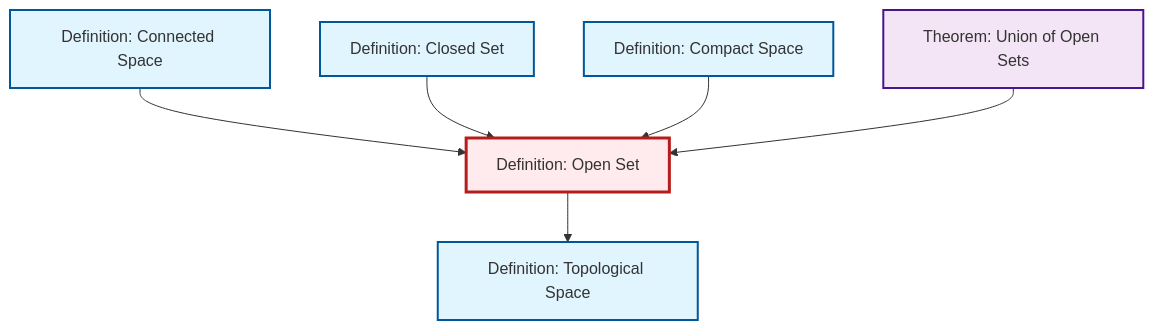
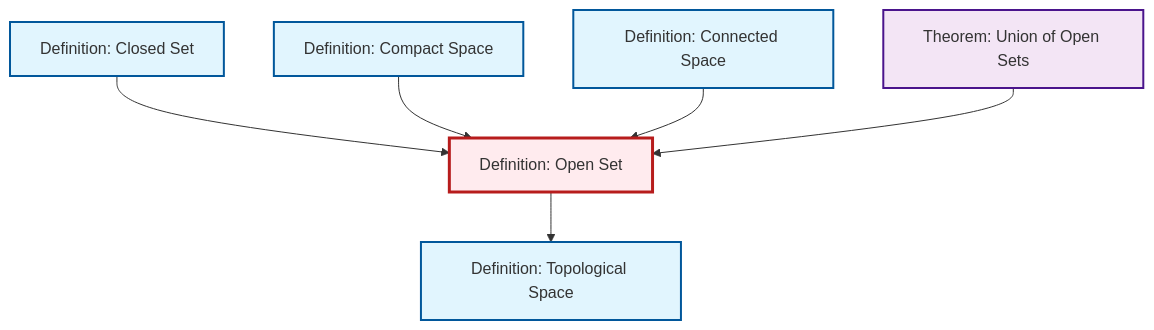
The diagram in output/mermaid/def-open-set.mermaid (RK0429/ModernMath), drawn with Mermaid before and after one commit. The commit also changed other lines of this file and 151 other files, not shown here.

````diff
--- a/output/mermaid/def-open-set.mermaid
+++ b/output/mermaid/def-open-set.mermaid
@@ -1,21 +1,21 @@
 ```{mermaid}
 %%| fig-cap: "Local dependency graph"
 graph TD
     classDef definition fill:#e1f5fe,stroke:#01579b,stroke-width:2px
     classDef theorem fill:#f3e5f5,stroke:#4a148c,stroke-width:2px
     classDef axiom fill:#fff3e0,stroke:#e65100,stroke-width:2px
     classDef example fill:#e8f5e9,stroke:#1b5e20,stroke-width:2px
     classDef current fill:#ffebee,stroke:#b71c1c,stroke-width:3px
+    def-closed-set["Definition: Closed Set"]:::definition
+    def-topological-space["Definition: Topological Space"]:::definition
     def-connected["Definition: Connected Space"]:::definition
-    thm-union-open-sets["Theorem: Union of Open Sets"]:::theorem
     def-open-set["Definition: Open Set"]:::definition
     def-compact["Definition: Compact Space"]:::definition
-    def-closed-set["Definition: Closed Set"]:::definition
-    def-topological-space["Definition: Topological Space"]:::definition
-    def-connected --> def-open-set
+    thm-union-open-sets["Theorem: Union of Open Sets"]:::theorem
     def-closed-set --> def-open-set
     def-compact --> def-open-set
     def-open-set --> def-topological-space
+    def-connected --> def-open-set
     thm-union-open-sets --> def-open-set
     class def-open-set current
 ```
````
